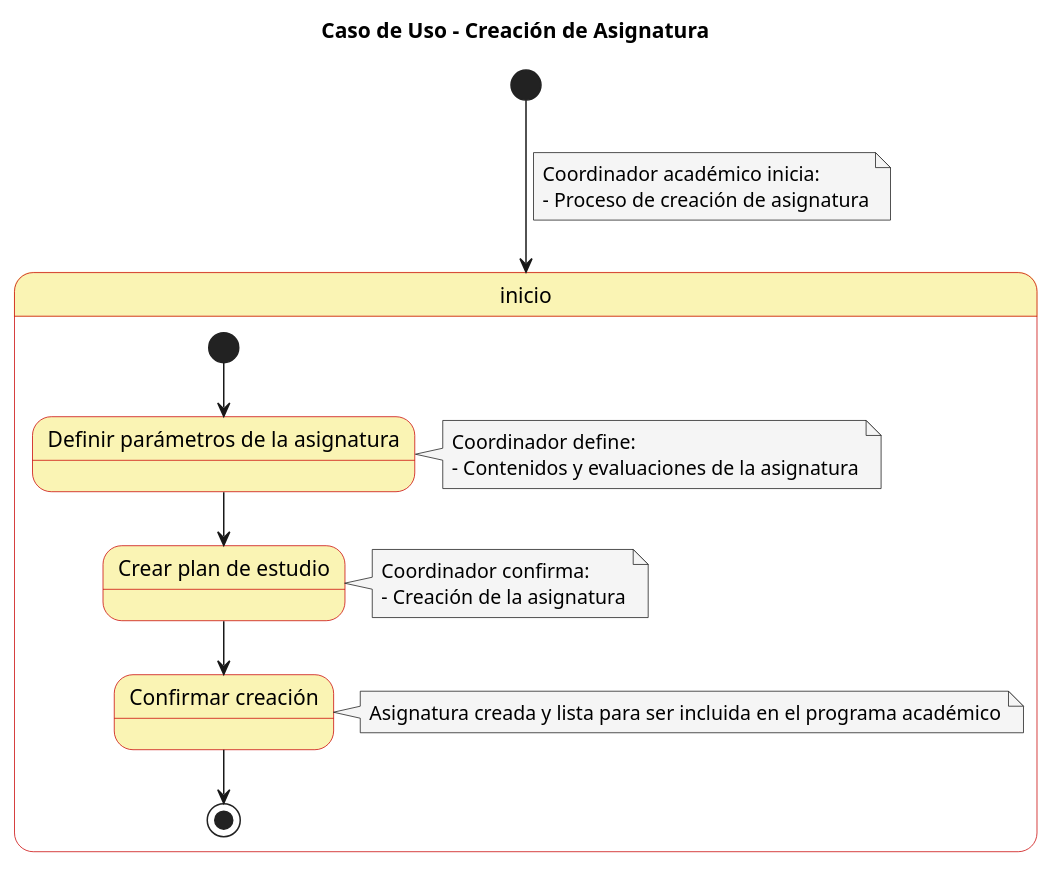
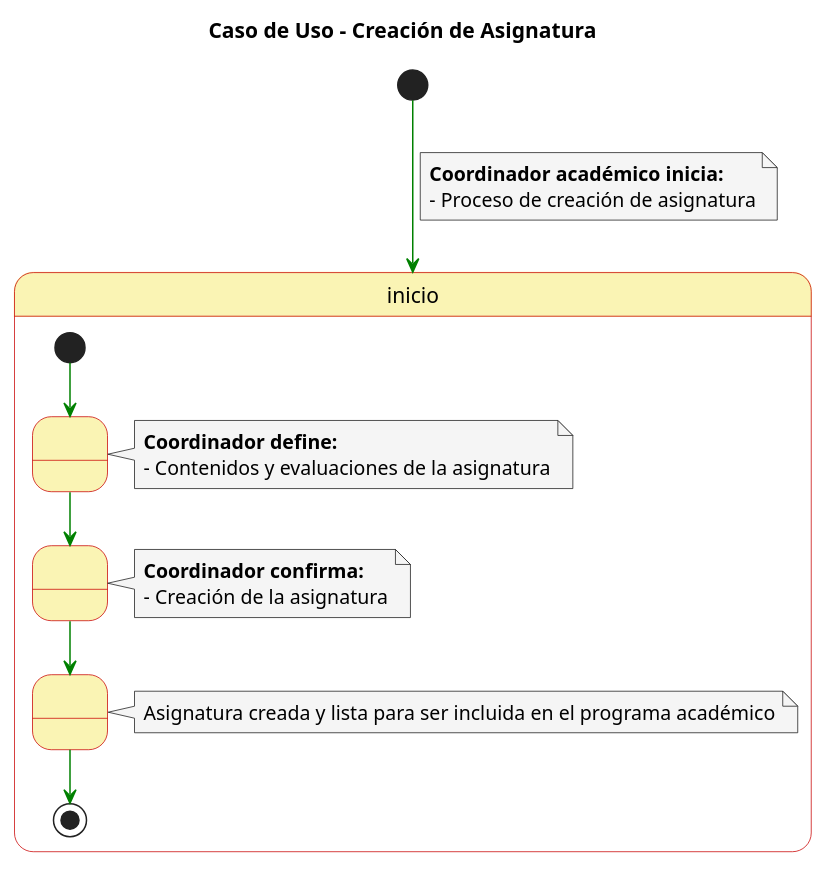
The diagram in Casos de Uso/Detalle de Creación de asignatura.puml (FernandoWilliam26/23-24-IdSw1-SDR), drawn with PlantUML before and after one commit. The commit also changed 3 other files, not shown here.

```diff
--- a/Casos de Uso/Detalle de Creación de asignatura.puml
+++ b/Casos de Uso/Detalle de Creación de asignatura.puml
@@ -1,45 +1,44 @@
 @startuml
 
 skinparam state {
   BackgroundColor #faf4b4
   BorderColor #c90000
 }
 
 skinparam note {
   BackgroundColor #f5f5f5
 }
 
+skinparam linetype polyline
+
 title Caso de Uso - Creación de Asignatura
 
-[*] --> inicio
+[*] -[#green]-> inicio
 note on link
-  Coordinador académico inicia:
+  **Coordinador académico inicia:**
   - Proceso de creación de asignatura
 end note
 
 state inicio {
-  [*] --> definir_parametros_asignatura
-  state "Definir parámetros de la asignatura" as definir_parametros_asignatura
-
-  definir_parametros_asignatura --> crear_plan_estudio
-  note right of definir_parametros_asignatura
-    Coordinador define:
+  state " " as state1
+  state " " as state2
+  state " " as state3
+  
+  [*] -[#green]-> state1
+  note right of state1
+    **Coordinador define:**
     - Contenidos y evaluaciones de la asignatura
   end note
-
-  state "Crear plan de estudio" as crear_plan_estudio
-
-  crear_plan_estudio --> confirmar_creacion
-  note right of crear_plan_estudio
-    Coordinador confirma:
+  state1 -[#green]-> state2
+  note right of state2
+    **Coordinador confirma:**
     - Creación de la asignatura
   end note
-
-  state "Confirmar creación" as confirmar_creacion
-  confirmar_creacion --> [*]
-  note right of confirmar_creacion
+  state2 -[#green]-> state3
+  note right of state3
     Asignatura creada y lista para ser incluida en el programa académico
   end note
+  state3 -[#green]-> [*]
 }
 
 @enduml
```
